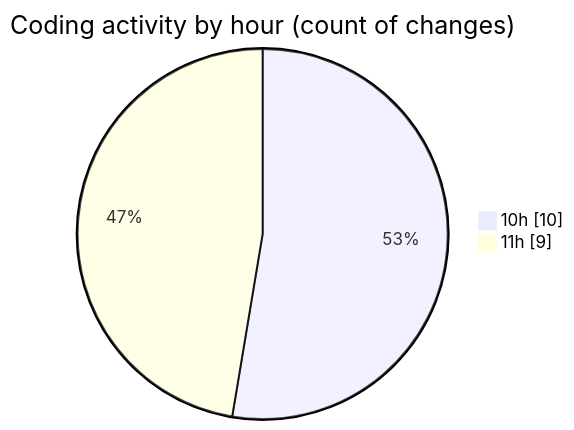
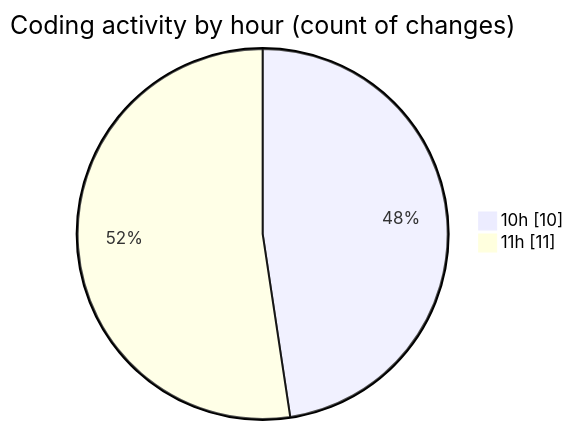
Before and after one commit to BS-eng2023/code-tracking: the second of 2 diagrams in 2025-03-31/jsvms/README.md, drawn with Mermaid. The commit also changed other lines of this file and 1 other file, not shown here.

````diff
--- a/2025-03-31/jsvms/README.md
+++ b/2025-03-31/jsvms/README.md
@@ -36,6 +36,6 @@
 ```mermaid
 pie showData
 title Coding activity by hour (count of changes)
 "10h" : 10
-"11h" : 9
+"11h" : 11
 ```
````
